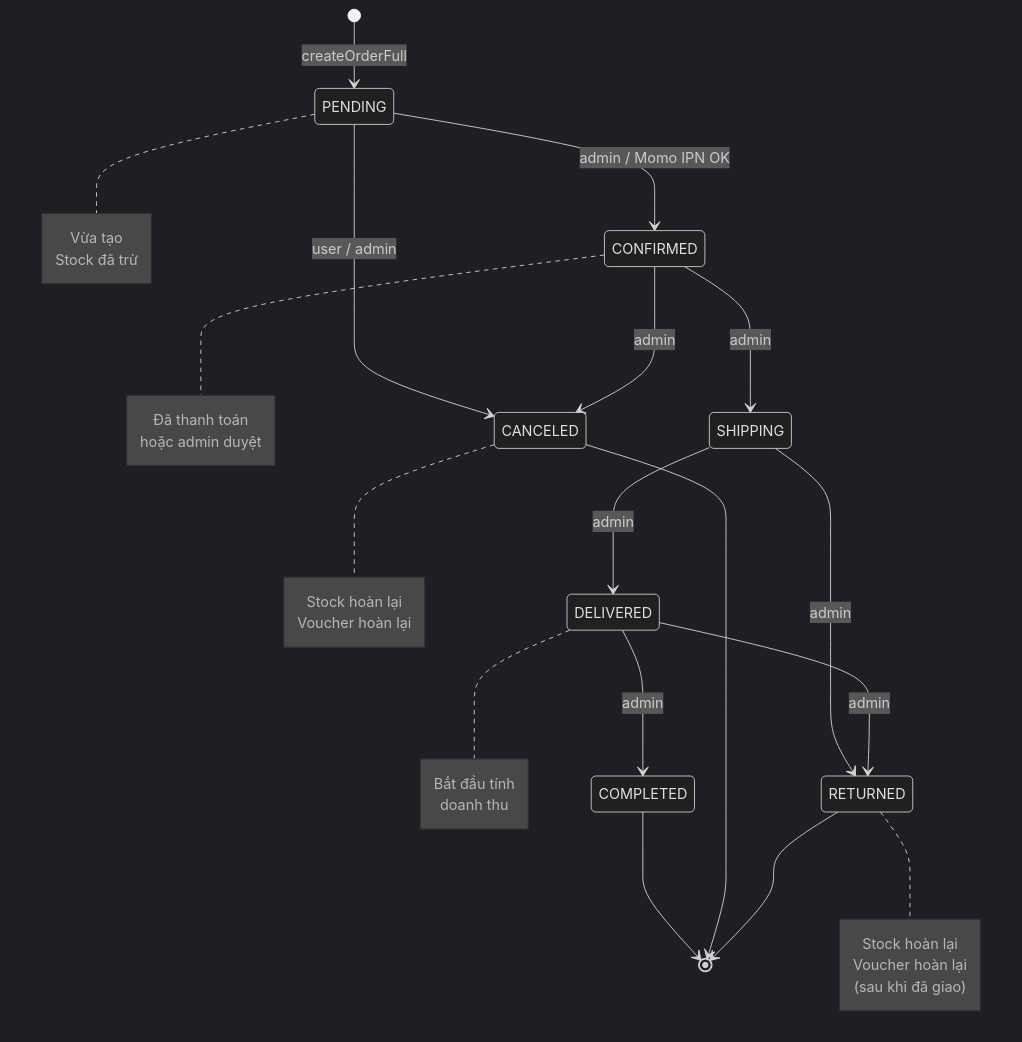
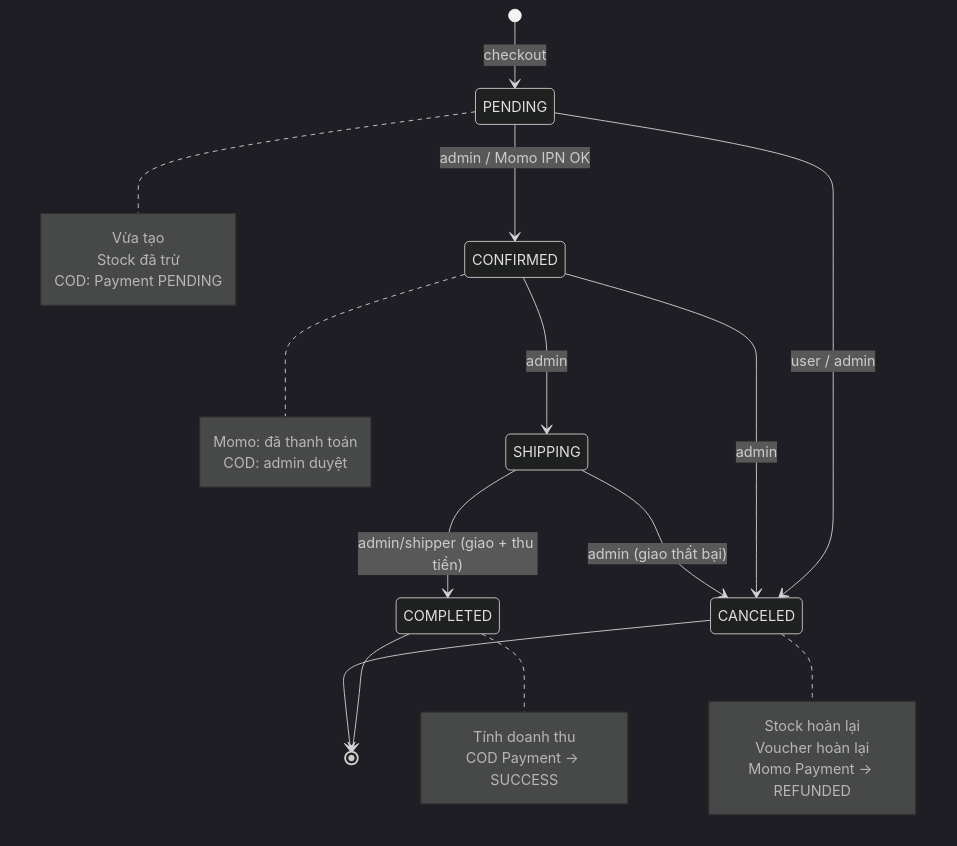
Diagram 14 of 16 in FLOW_DIAGRAM.md (QuangVinh32/shopfood_V2), drawn with Mermaid (dark theme) before and after one commit. The commit also changed other lines of this file and 10 other files, not shown here.

````diff
--- a/FLOW_DIAGRAM.md
+++ b/FLOW_DIAGRAM.md
@@ -449,41 +489,34 @@
 ```mermaid
 stateDiagram-v2
-    [*] --> PENDING: createOrderFull
+    [*] --> PENDING: checkout
     PENDING --> CONFIRMED: admin / Momo IPN OK
     PENDING --> CANCELED: user / admin
     CONFIRMED --> SHIPPING: admin
     CONFIRMED --> CANCELED: admin
-    SHIPPING --> DELIVERED: admin
-    SHIPPING --> RETURNED: admin
-    DELIVERED --> COMPLETED: admin
-    DELIVERED --> RETURNED: admin
+    SHIPPING --> COMPLETED: admin/shipper (giao + thu tiền)
+    SHIPPING --> CANCELED: admin (giao thất bại)
     COMPLETED --> [*]
     CANCELED --> [*]
-    RETURNED --> [*]
 
     note right of PENDING
         Vừa tạo
         Stock đã trừ
+        COD: Payment PENDING
     end note
 
     note right of CONFIRMED
-        Đã thanh toán
-        hoặc admin duyệt
+        Momo: đã thanh toán
+        COD: admin duyệt
     end note
 
-    note right of DELIVERED
-        Bắt đầu tính
-        doanh thu
+    note right of COMPLETED
+        Tính doanh thu
+        COD Payment → SUCCESS
     end note
 
     note right of CANCELED
         Stock hoàn lại
         Voucher hoàn lại
-    end note
-
-    note right of RETURNED
-        Stock hoàn lại
-        Voucher hoàn lại
-        (sau khi đã giao)
+        Momo Payment → REFUNDED
     end note
 ```
````
